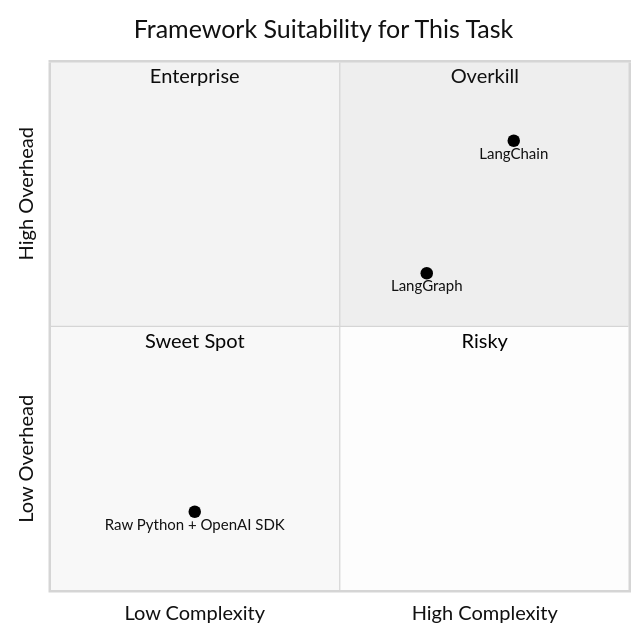
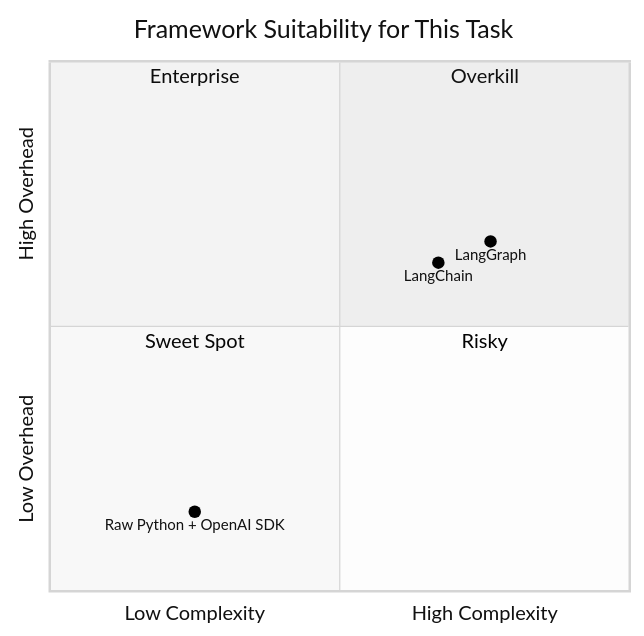
Before and after one commit to romanmash/agentic-converter-py: the sixth of 8 diagrams in docs/PITCH.md, drawn with Mermaid (neutral theme). The commit also changed other lines of this file and 12 other files, not shown here.

````diff
--- a/docs/PITCH.md
+++ b/docs/PITCH.md
@@ -252,13 +252,13 @@
 ```mermaid
 quadrantChart
     title Framework Suitability for This Task
     x-axis "Low Complexity" --> "High Complexity"
     y-axis "Low Overhead" --> "High Overhead"
     quadrant-1 "Overkill"
     quadrant-2 "Enterprise"
     quadrant-3 "Sweet Spot"
     quadrant-4 "Risky"
     "Raw Python + OpenAI SDK": [0.25, 0.15]
-    "LangGraph": [0.65, 0.60]
-    "LangChain": [0.80, 0.85]
+    "LangChain": [0.67, 0.62]
+    "LangGraph": [0.76, 0.66]
 ```
````
